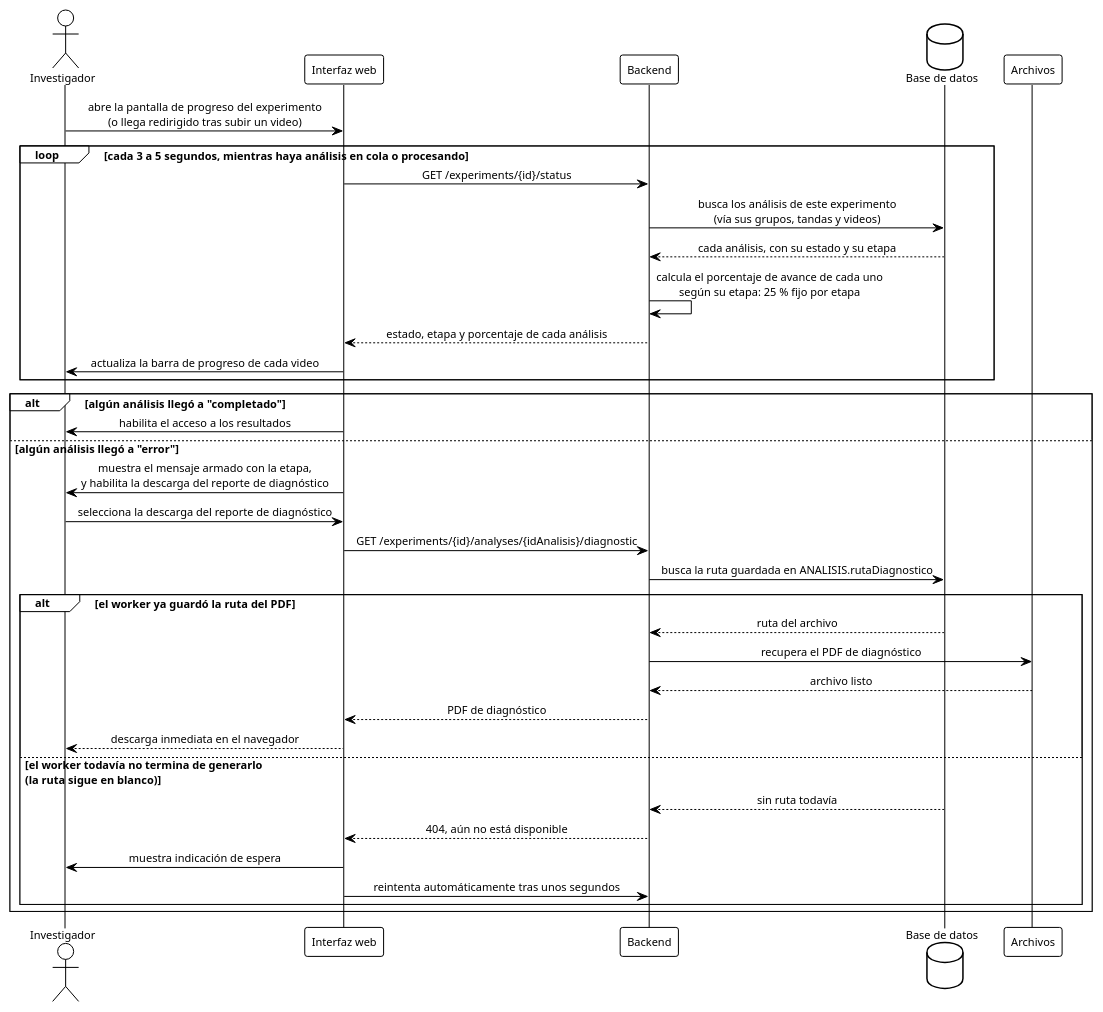
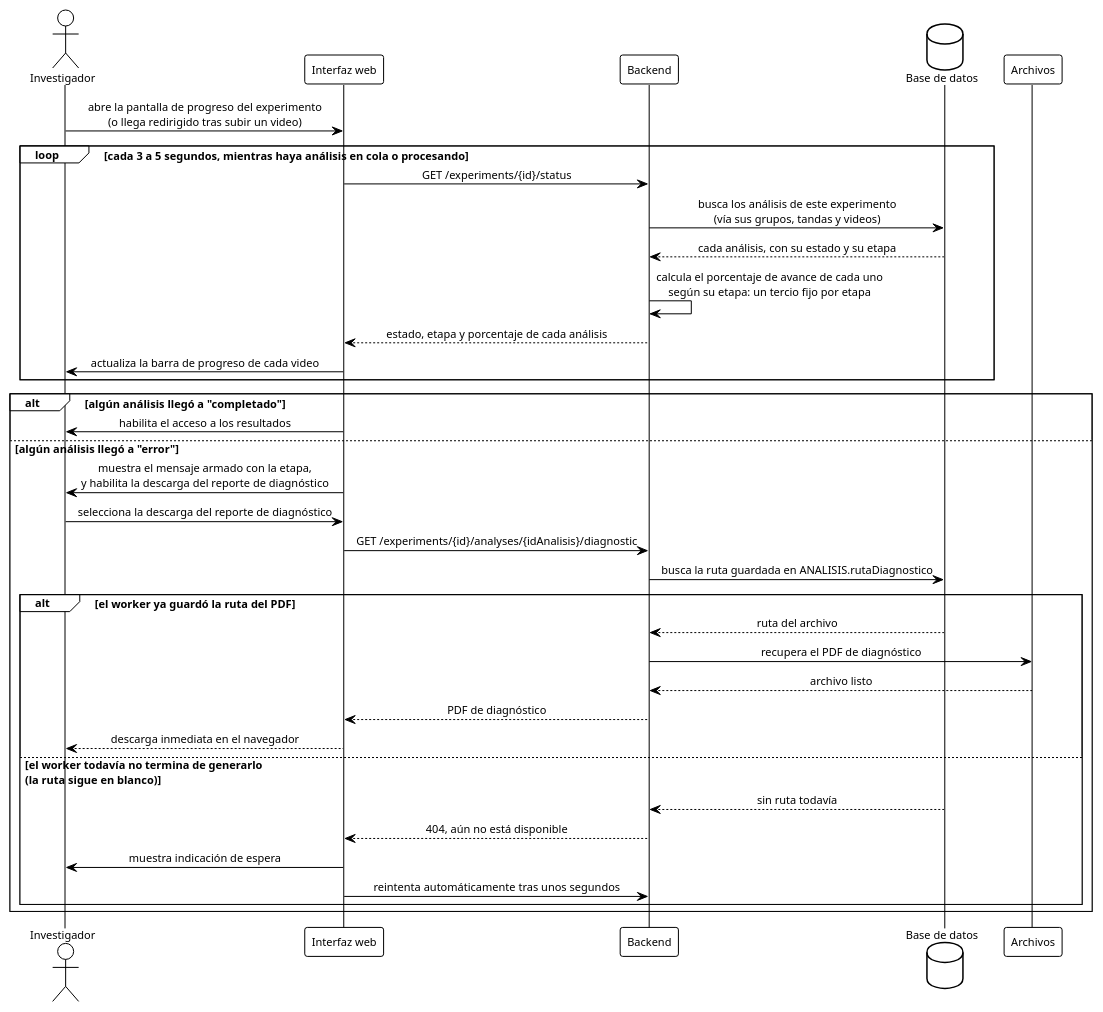
One commit to ErickJester/fst-ai-system-latex changed diagram 32 of 38 in INSTRUCCIONES-WEB.md. Above: the diagram before and after it, drawn with PlantUML. The commit also changed other lines of this file and 33 other files, not shown here.

````diff
--- a/INSTRUCCIONES-WEB.md
+++ b/INSTRUCCIONES-WEB.md
@@ -2278,47 +2269,47 @@
 ```plantuml
 @startuml seq_consulta_progreso
 !theme plain
 skinparam defaultFontName Arial
 skinparam defaultFontSize 11
 skinparam shadowing false
 skinparam sequenceMessageAlign center
 skinparam BoxPadding 10
 actor Investigador as inv
 participant "Interfaz web" as ui
 participant Backend as api
 database "Base de datos" as db
 participant "Archivos" as fs
 
 inv -> ui: abre la pantalla de progreso del experimento\n(o llega redirigido tras subir un video)
 
 loop cada 3 a 5 segundos, mientras haya análisis en cola o procesando
   ui -> api: GET /experiments/{id}/status
   api -> db: busca los análisis de este experimento\n(vía sus grupos, tandas y videos)
   db --> api: cada análisis, con su estado y su etapa
-  api -> api: calcula el porcentaje de avance de cada uno\nsegún su etapa: 25 % fijo por etapa
+  api -> api: calcula el porcentaje de avance de cada uno\nsegún su etapa: un tercio fijo por etapa
   api --> ui: estado, etapa y porcentaje de cada análisis
   ui -> inv: actualiza la barra de progreso de cada video
 end
 
 alt algún análisis llegó a "completado"
   ui -> inv: habilita el acceso a los resultados
 else algún análisis llegó a "error"
   ui -> inv: muestra el mensaje armado con la etapa,\ny habilita la descarga del reporte de diagnóstico
   inv -> ui: selecciona la descarga del reporte de diagnóstico
   ui -> api: GET /experiments/{id}/analyses/{idAnalisis}/diagnostic
   api -> db: busca la ruta guardada en ANALISIS.rutaDiagnostico
   alt el worker ya guardó la ruta del PDF
     db --> api: ruta del archivo
     api -> fs: recupera el PDF de diagnóstico
     fs --> api: archivo listo
     api --> ui: PDF de diagnóstico
     ui --> inv: descarga inmediata en el navegador
   else el worker todavía no termina de generarlo\n(la ruta sigue en blanco)
     db --> api: sin ruta todavía
     api --> ui: 404, aún no está disponible
     ui -> inv: muestra indicación de espera
     ui -> api: reintenta automáticamente tras unos segundos
   end
 end
 @enduml
 ```
````
